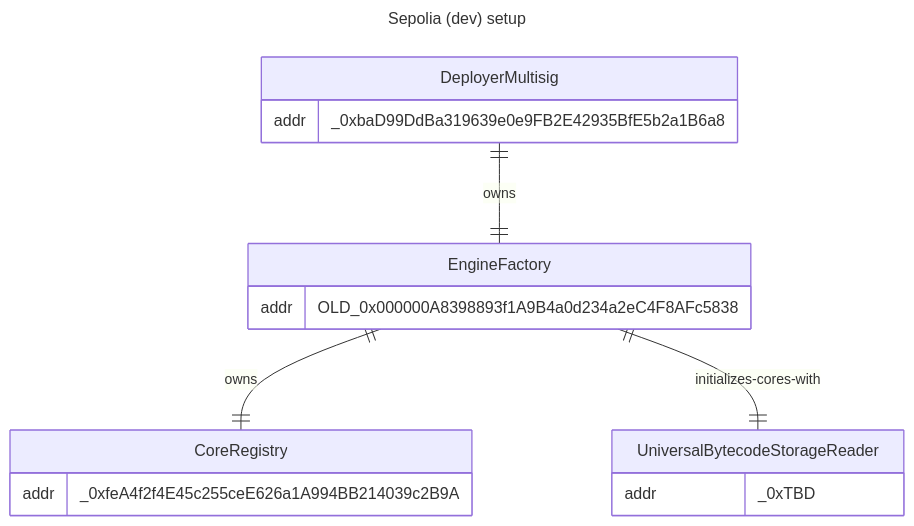
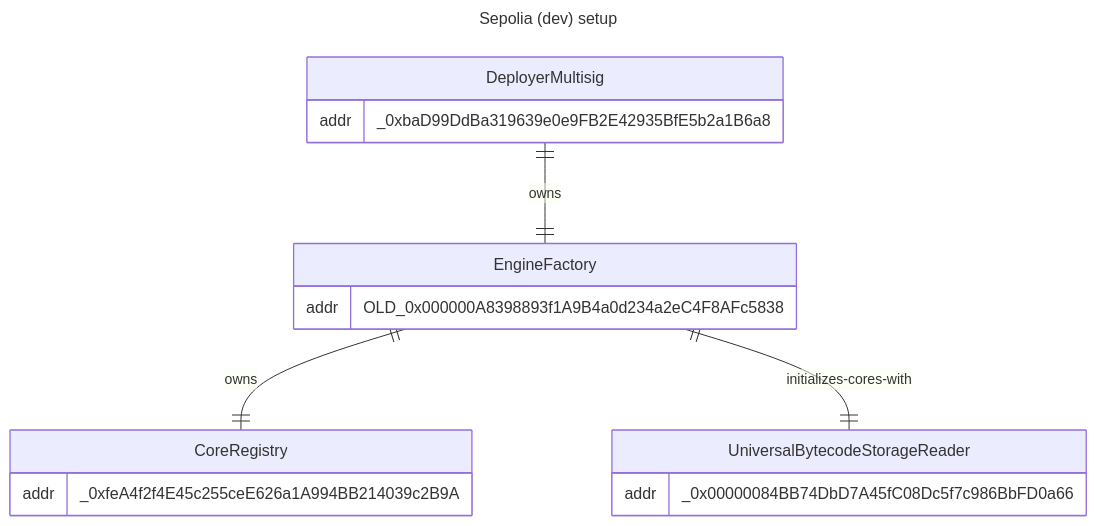
One commit to void-smith660/artblocks-contracts changed the fourth of 4 diagrams in packages/contracts/INFRASTRUCTURE.md. Above: the diagram before and after it, drawn with Mermaid. The commit also changed other lines of this file and 12 other files, not shown here.

````diff
--- a/packages/contracts/INFRASTRUCTURE.md
+++ b/packages/contracts/INFRASTRUCTURE.md
@@ -100,21 +100,21 @@
 ```mermaid
 ---
 title: Sepolia (dev) setup
 ---
 erDiagram
     DeployerMultisig ||--|| EngineFactory : owns
     EngineFactory ||--|| CoreRegistry : owns
     EngineFactory ||--|| UniversalBytecodeStorageReader : initializes-cores-with
     DeployerMultisig {
         addr _0xbaD99DdBa319639e0e9FB2E42935BfE5b2a1B6a8
     }
     EngineFactory {
         addr OLD_0x000000A8398893f1A9B4a0d234a2eC4F8AFc5838
     }
     CoreRegistry {
         addr _0xfeA4f2f4E45c255ceE626a1A994BB214039c2B9A
     }
     UniversalBytecodeStorageReader {
-        addr _0xTBD
+        addr _0x00000084BB74DbD7A45fC08Dc5f7c986BbFD0a66
     }
 ```
````
